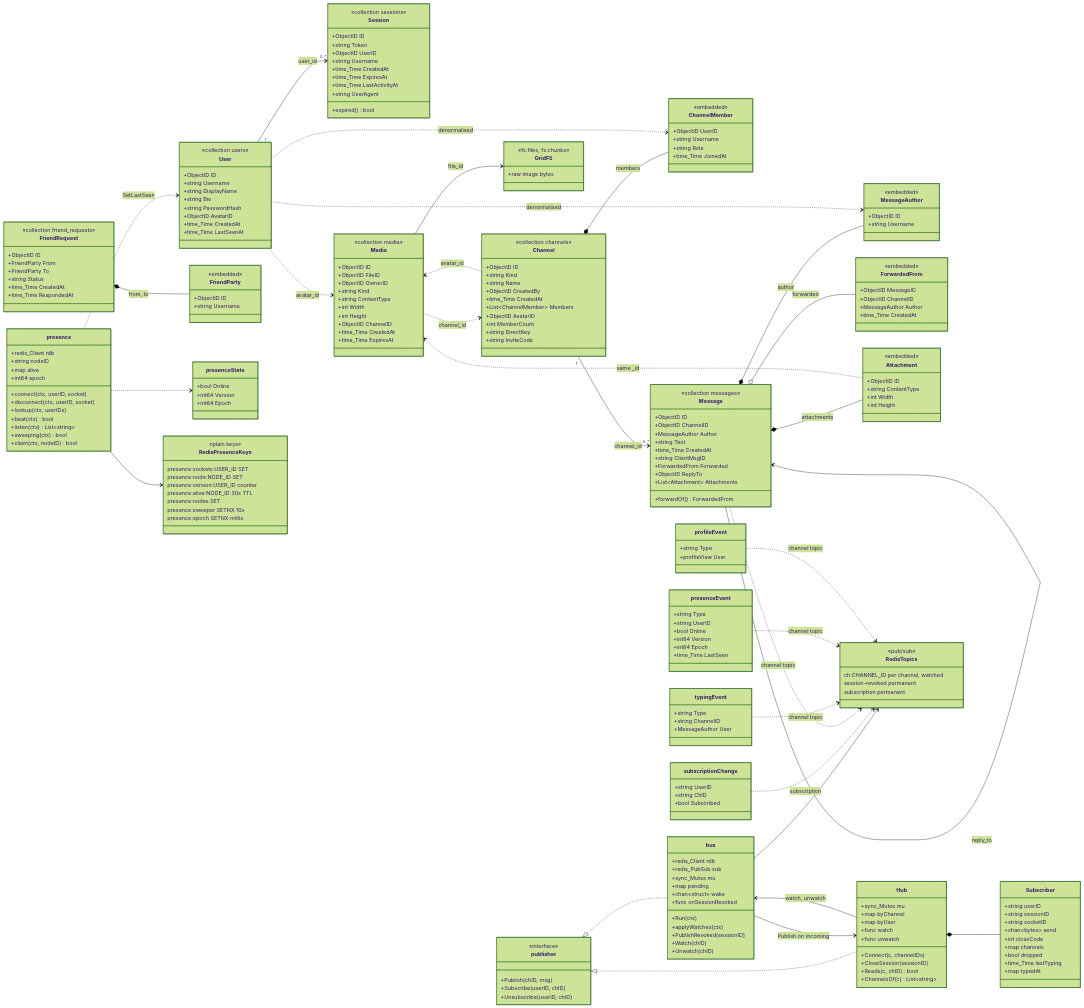
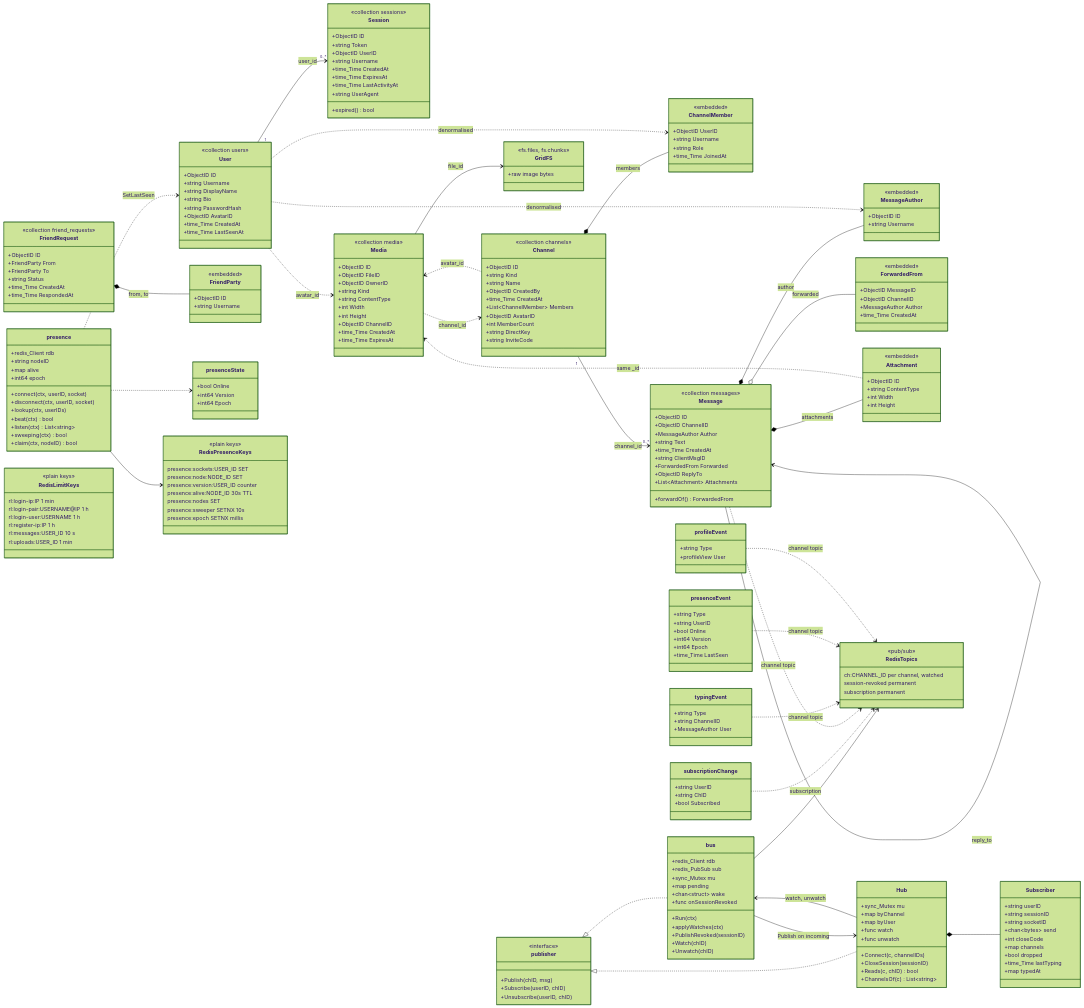
The diagram in docs/diagrams/data-model.mmd (hdmtrn/nosql-messenger), drawn with Mermaid (forest theme) before and after one commit. The commit also changed 14 other files, not shown here.

```diff
--- a/docs/diagrams/data-model.mmd
+++ b/docs/diagrams/data-model.mmd
@@ -3,7 +3,7 @@
 %% Key and index detail is in the README tables. Placeholders such as
 %% ch:CHANNEL_ID stand for ch:{channelID} — Mermaid rejects braces in a member.
 %% Sources: server/users.go, sessions.go, channels.go, messages.go, friends.go,
-%% media.go, hub.go, bus.go, presence.go, typing.go, users_http.go
+%% media.go, hub.go, bus.go, presence.go, typing.go, users_http.go, ratelimit.go
 classDiagram
   direction LR
 
@@ -224,6 +224,16 @@
     presence:epoch SETNX millis
   }
 
+  class RedisLimitKeys {
+    <<plain keys>>
+    rl:login-ip:IP 1 min
+    rl:login-pair:USERNAME@IP 1 h
+    rl:login-user:USERNAME 1 h
+    rl:register-ip:IP 1 h
+    rl:messages:USER_ID 10 s
+    rl:uploads:USER_ID 1 min
+  }
+
   class subscriptionChange {
     +string UserID
     +string ChID
```
